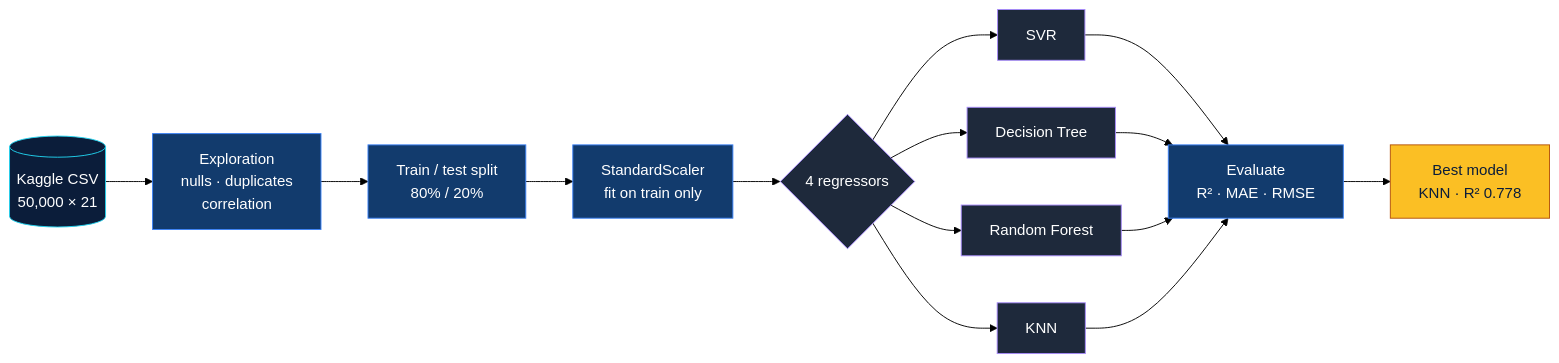
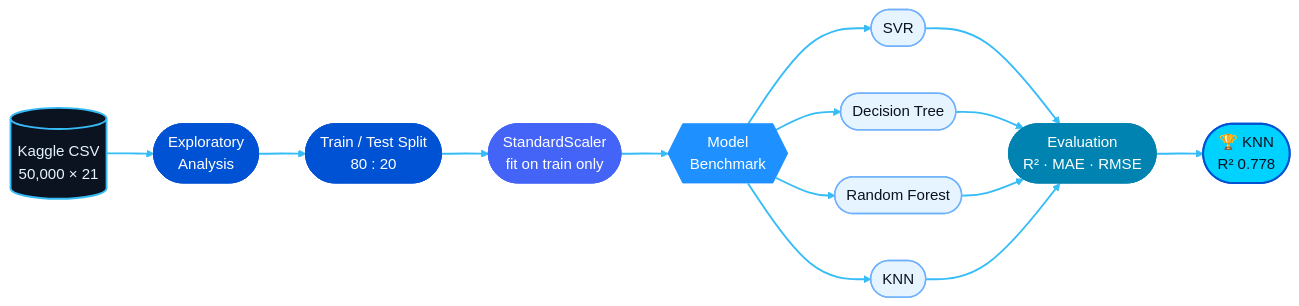
Before and after one commit to sabikswanan/Flood-Probability-Prediction-Using-ML: the first of 3 diagrams in README.md, drawn with Mermaid (forest theme). The commit also changed other lines of this file, not shown here.

````diff
--- a/README.md
+++ b/README.md
@@ -87,22 +87,29 @@
 ```mermaid
 flowchart LR
-    A[("Kaggle CSV<br/>50,000 × 21")] --> B["Exploration<br/>nulls · duplicates<br/>correlation"]
-    B --> C["Train / test split<br/>80% / 20%"]
-    C --> D["StandardScaler<br/>fit on train only"]
-    D --> E{"4 regressors"}
-    E --> F1["SVR"]
-    E --> F2["Decision Tree"]
-    E --> F3["Random Forest"]
-    E --> F4["KNN"]
-    F1 & F2 & F3 & F4 --> G["Evaluate<br/>R² · MAE · RMSE"]
-    G --> H["Best model<br/>KNN · R² 0.778"]
+    A[("Kaggle CSV<br/>50,000 × 21")] --> B(["Exploratory<br/>Analysis"])
+    B --> C(["Train / Test Split<br/>80 : 20"])
+    C --> D(["StandardScaler<br/>fit on train only"])
+    D --> E{{"Model<br/>Benchmark"}}
+    E --> F1(["SVR"])
+    E --> F2(["Decision Tree"])
+    E --> F3(["Random Forest"])
+    E --> F4(["KNN"])
+    F1 & F2 & F3 & F4 --> G(["Evaluation<br/>R² · MAE · RMSE"])
+    G --> H(["🏆 KNN<br/>R² 0.778"])
 
-    classDef data fill:#0b1d3a,stroke:#22d3ee,color:#ffffff
-    classDef step fill:#123b6d,stroke:#3b82f6,color:#ffffff
-    classDef model fill:#1e293b,stroke:#a78bfa,color:#ffffff
-    classDef best fill:#fbbf24,stroke:#b45309,color:#0b1d3a
+    classDef data fill:#0B1220,stroke:#36BCF7,stroke-width:2px,color:#E6F4FF
+    classDef s1 fill:#0052D4,stroke:#0052D4,color:#FFFFFF
+    classDef s2 fill:#4364F7,stroke:#4364F7,color:#FFFFFF
+    classDef bench fill:#1E90FF,stroke:#1E90FF,color:#FFFFFF
+    classDef model fill:#E6F4FF,stroke:#6FB1FC,stroke-width:1.5px,color:#0B1220
+    classDef eval fill:#0083B0,stroke:#0083B0,color:#FFFFFF
+    classDef best fill:#00D2FF,stroke:#0052D4,stroke-width:2px,color:#0B1220
     class A data
-    class B,C,D,G step
-    class E,F1,F2,F3,F4 model
+    class B,C s1
+    class D s2
+    class E bench
+    class F1,F2,F3,F4 model
+    class G eval
     class H best
+    linkStyle default stroke:#36BCF7,stroke-width:2px
 ```
````
